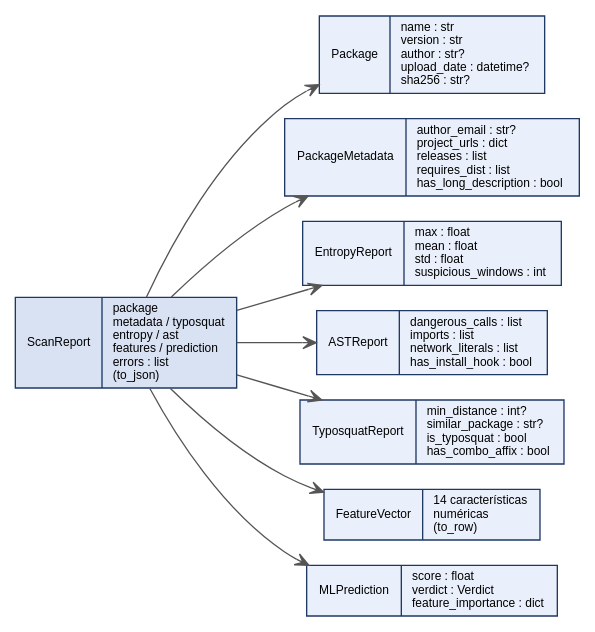
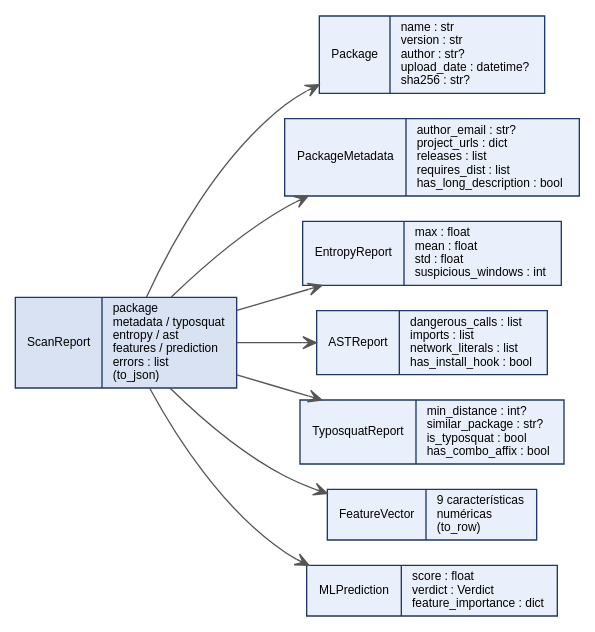
Before and after one commit to GjuanETH/PyScan: the diagram in docs/diagrams/dominio.dot, drawn with Graphviz. The commit also changed 3 other files, not shown here.

First line of the commit message:
docs(diagramas): FeatureVector de 9 características en flujo y dominio (Figuras 3.2 y 3.5)

```diff
--- a/docs/diagrams/dominio.dot
+++ b/docs/diagrams/dominio.dot
@@ -1,16 +1,16 @@
 digraph G {
   rankdir=LR; bgcolor="white";
   node [shape=record fontname="Arial" fontsize=9 style="filled" color="#1F3864" fillcolor="#EAF0FB"];
   edge [fontname="Arial" fontsize=8 color="#555555" arrowhead=vee];
 
   Package [label="{Package|name : str\lversion : str\lauthor : str?\lupload_date : datetime?\lsha256 : str?\l}"];
   Meta [label="{PackageMetadata|author_email : str?\lproject_urls : dict\lreleases : list\lrequires_dist : list\lhas_long_description : bool\l}"];
   Ent [label="{EntropyReport|max : float\lmean : float\lstd : float\lsuspicious_windows : int\l}"];
   AST [label="{ASTReport|dangerous_calls : list\limports : list\lnetwork_literals : list\lhas_install_hook : bool\l}"];
   Typo [label="{TyposquatReport|min_distance : int?\lsimilar_package : str?\lis_typosquat : bool\lhas_combo_affix : bool\l}"];
-  FV [label="{FeatureVector|14 características\lnuméricas\l(to_row)\l}"];
+  FV [label="{FeatureVector|9 características\lnuméricas\l(to_row)\l}"];
   ML [label="{MLPrediction|score : float\lverdict : Verdict\lfeature_importance : dict\l}"];
   SR [label="{ScanReport|package\lmetadata / typosquat\lentropy / ast\lfeatures / prediction\lerrors : list\l(to_json)\l}" fillcolor="#D9E2F3"];
 
   SR -> Package; SR -> Meta; SR -> Ent; SR -> AST; SR -> Typo; SR -> FV; SR -> ML;
 }
```
